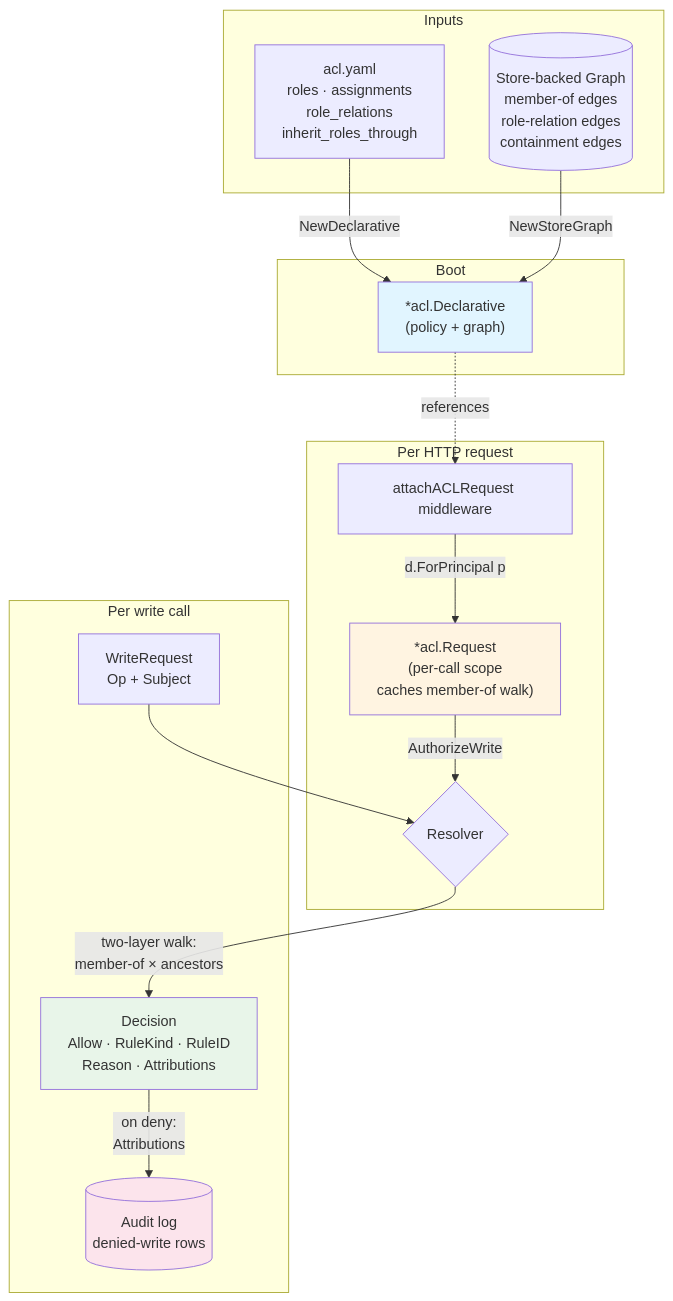
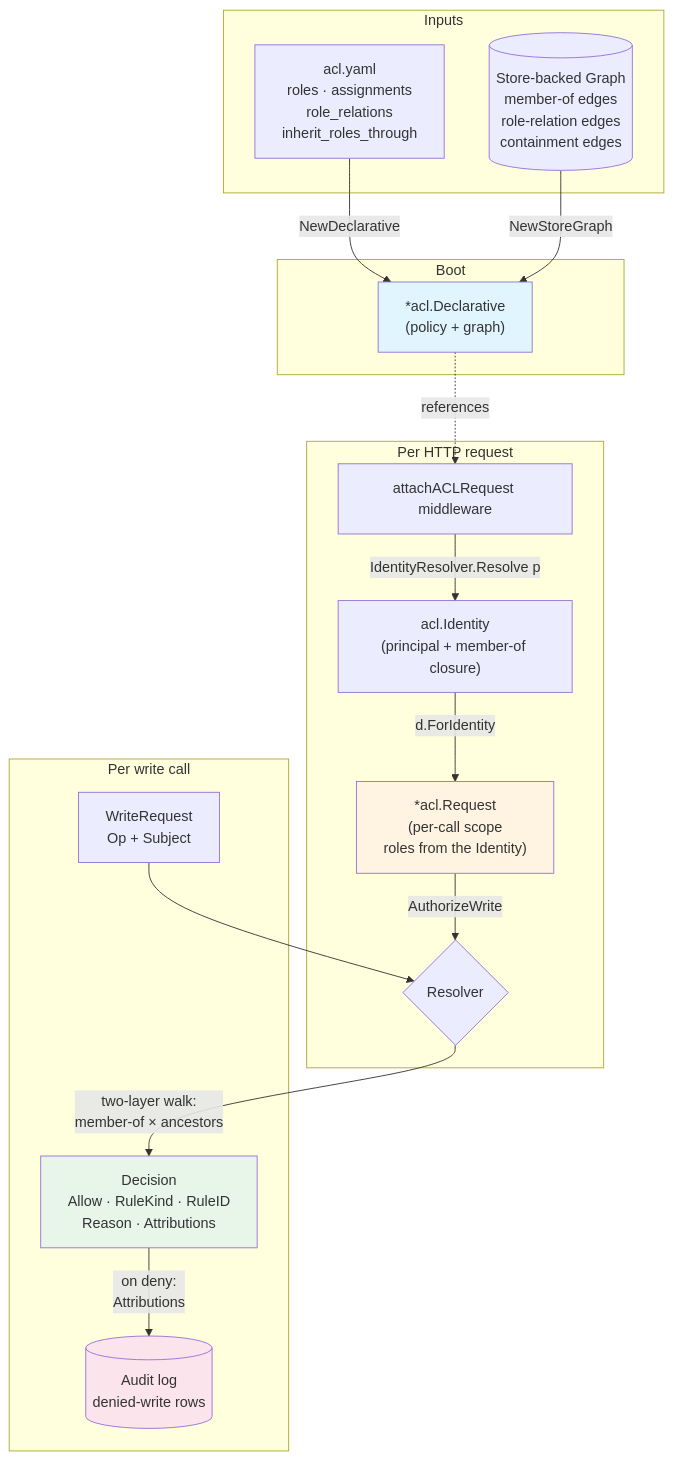
One commit to sourcehaven-bv/rela changed the first of 3 diagrams in docs-project/entities/guides/GUIDE-acl-overview.md. Above: the diagram before and after it, drawn with Mermaid. The commit also changed other lines of this file and 404 other files, not shown here.

Commit message:
refactor(acl): resolve identity once at the request edge

````diff
--- a/docs-project/entities/guides/GUIDE-acl-overview.md
+++ b/docs-project/entities/guides/GUIDE-acl-overview.md
@@ -23,39 +23,41 @@
 ```mermaid
 graph TD
     subgraph Inputs
         Policy[acl.yaml<br/>roles · assignments<br/>role_relations<br/>inherit_roles_through]
         Graph[(Store-backed Graph<br/>member-of edges<br/>role-relation edges<br/>containment edges)]
     end
 
     subgraph Boot
         Declarative["*acl.Declarative<br/>(policy + graph)"]
     end
 
     Policy -->|NewDeclarative| Declarative
     Graph -->|NewStoreGraph| Declarative
 
     subgraph PerRequest [Per HTTP request]
         Middleware[attachACLRequest middleware]
-        Request["*acl.Request<br/>(per-call scope<br/>caches member-of walk)"]
+        Identity["acl.Identity<br/>(principal + member-of closure)"]
+        Request["*acl.Request<br/>(per-call scope<br/>roles from the Identity)"]
         Resolver{Resolver}
     end
 
-    Middleware -->|d.ForPrincipal p| Request
+    Middleware -->|IdentityResolver.Resolve p| Identity
+    Identity -->|d.ForIdentity| Request
     Declarative -.references.-> Middleware
 
     subgraph WriteCall [Per write call]
         WReq[WriteRequest<br/>Op + Subject]
         Decision[Decision<br/>Allow · RuleKind · RuleID<br/>Reason · Attributions]
         Audit[(Audit log<br/>denied-write rows)]
     end
 
     Request -->|AuthorizeWrite| Resolver
     WReq --> Resolver
     Resolver -->|two-layer walk:<br/>member-of × ancestors| Decision
     Decision -->|on deny:<br/>Attributions| Audit
 
     style Declarative fill:#e1f5ff
     style Request fill:#fff4e1
     style Decision fill:#e8f5e9
     style Audit fill:#fce4ec
 ```
````
